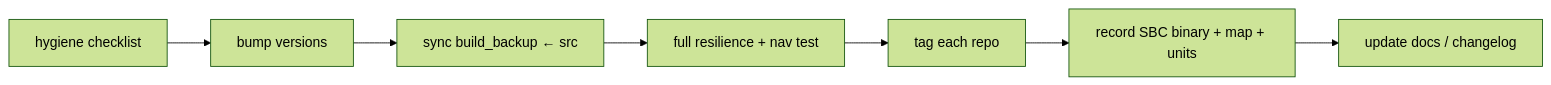
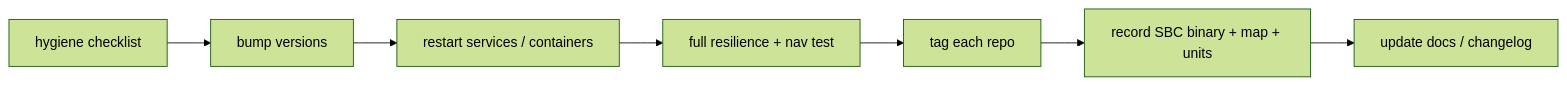
One commit to cmu-impactlab/patrolbot changed the diagram in docs/contributing/release-process.md. Above: the diagram before and after it, drawn with Mermaid (forest theme). The commit also changed other lines of this file and 41 other files, not shown here.

````diff
--- a/docs/contributing/release-process.md
+++ b/docs/contributing/release-process.md
@@ -51,9 +51,9 @@
 ```mermaid
 flowchart LR
     A["hygiene checklist"] --> B["bump versions"]
-    B --> C["sync build_backup ← src"]
+    B --> C["restart services / containers"]
     C --> D["full resilience + nav test"]
     D --> E["tag each repo"]
     E --> F["record SBC binary + map + units"]
     F --> G["update docs / changelog"]
 ```
````
